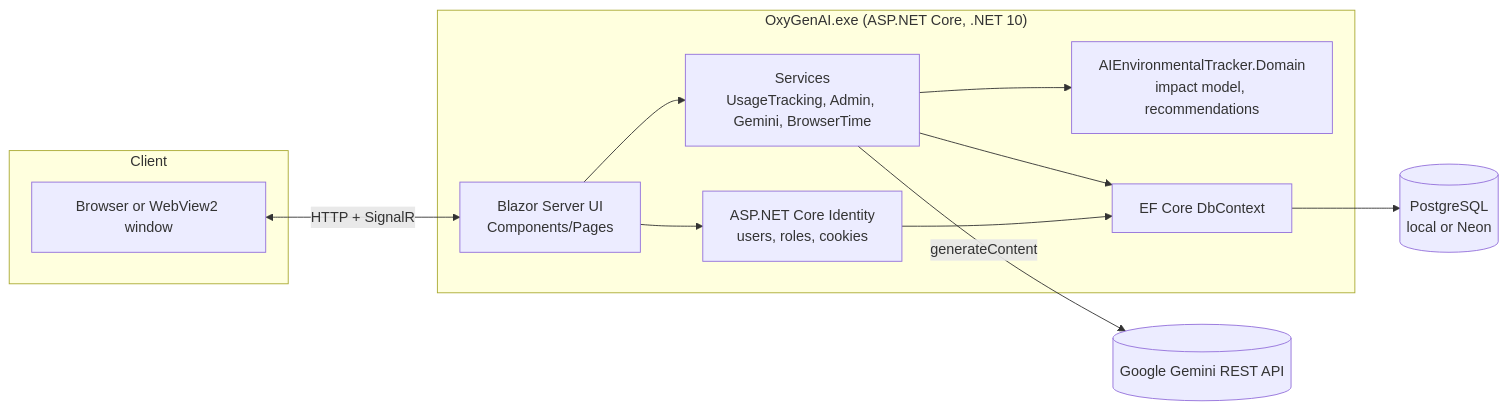
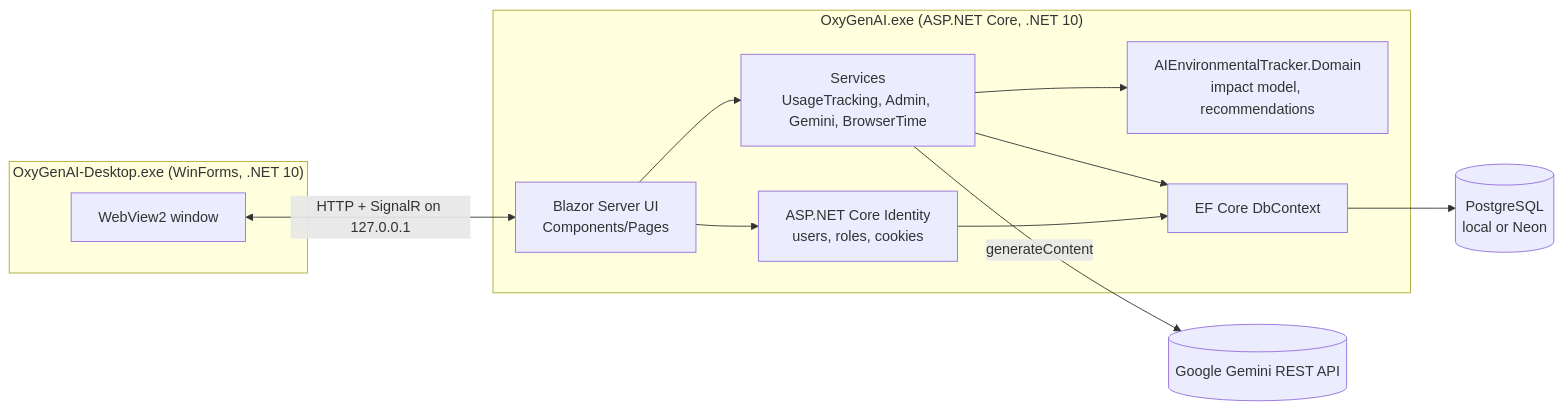
The first of 2 diagrams in docs/decisions-and-system-design.md (nabilabrianap06/Group2-Junior-Project), drawn with Mermaid before and after one commit. The commit also changed other lines of this file and 18 other files, not shown here.

````diff
--- a/docs/decisions-and-system-design.md
+++ b/docs/decisions-and-system-design.md
@@ -16,24 +16,24 @@
 ```mermaid
 flowchart LR
-    subgraph Client
-        B[Browser or WebView2 window]
+    subgraph "OxyGenAI-Desktop.exe  (WinForms, .NET 10)"
+        B[WebView2 window]
     end
     subgraph "OxyGenAI.exe  (ASP.NET Core, .NET 10)"
         W[Blazor Server UI<br/>Components/Pages]
         S[Services<br/>UsageTracking, Admin, Gemini, BrowserTime]
         I[ASP.NET Core Identity<br/>users, roles, cookies]
         D[AIEnvironmentalTracker.Domain<br/>impact model, recommendations]
         E[EF Core DbContext]
     end
     G[(Google Gemini REST API)]
     P[(PostgreSQL<br/>local or Neon)]
 
-    B <-->|HTTP + SignalR| W
+    B <-->|HTTP + SignalR on 127.0.0.1| W
     W --> S
     W --> I
     S --> D
     S --> E
     I --> E
     S -->|generateContent| G
     E --> P
 ```
````
